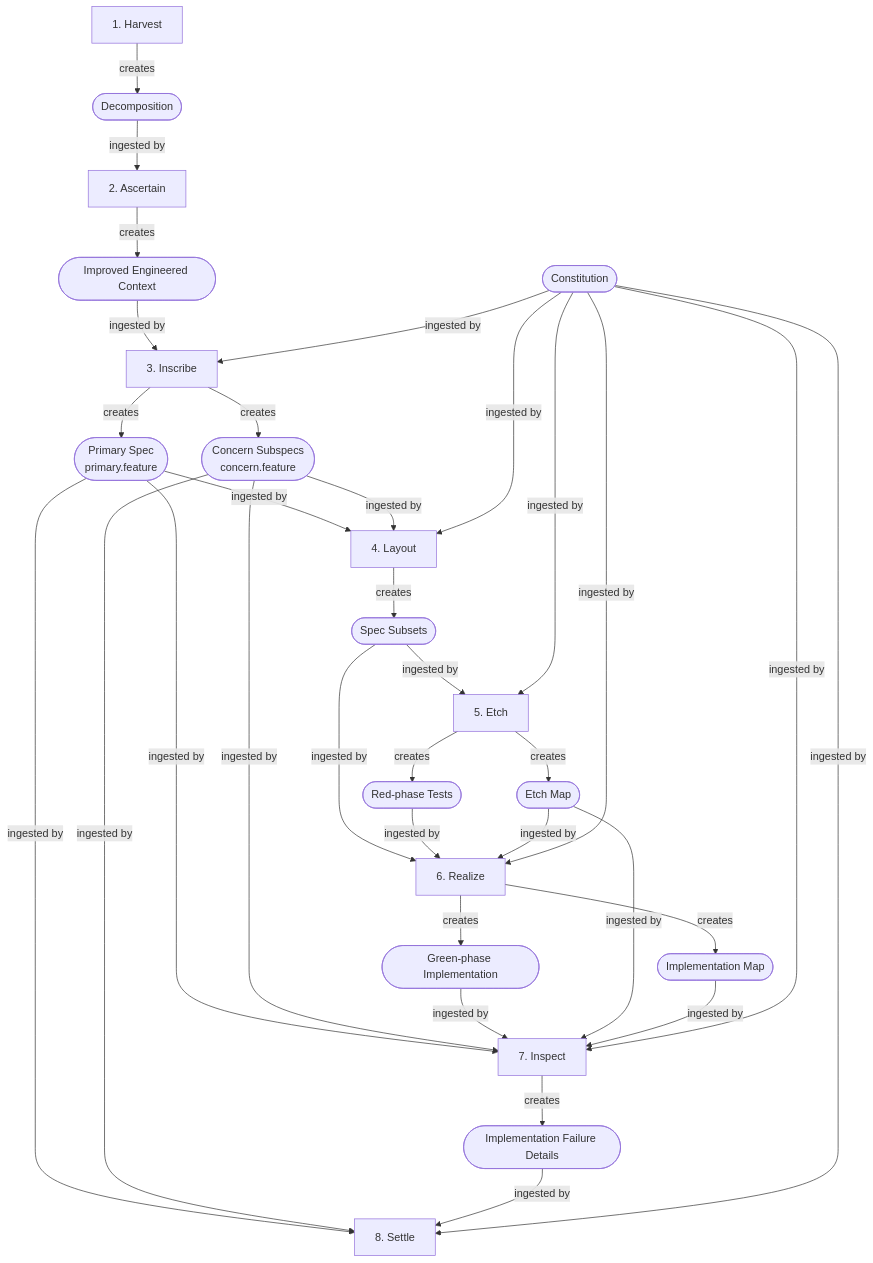
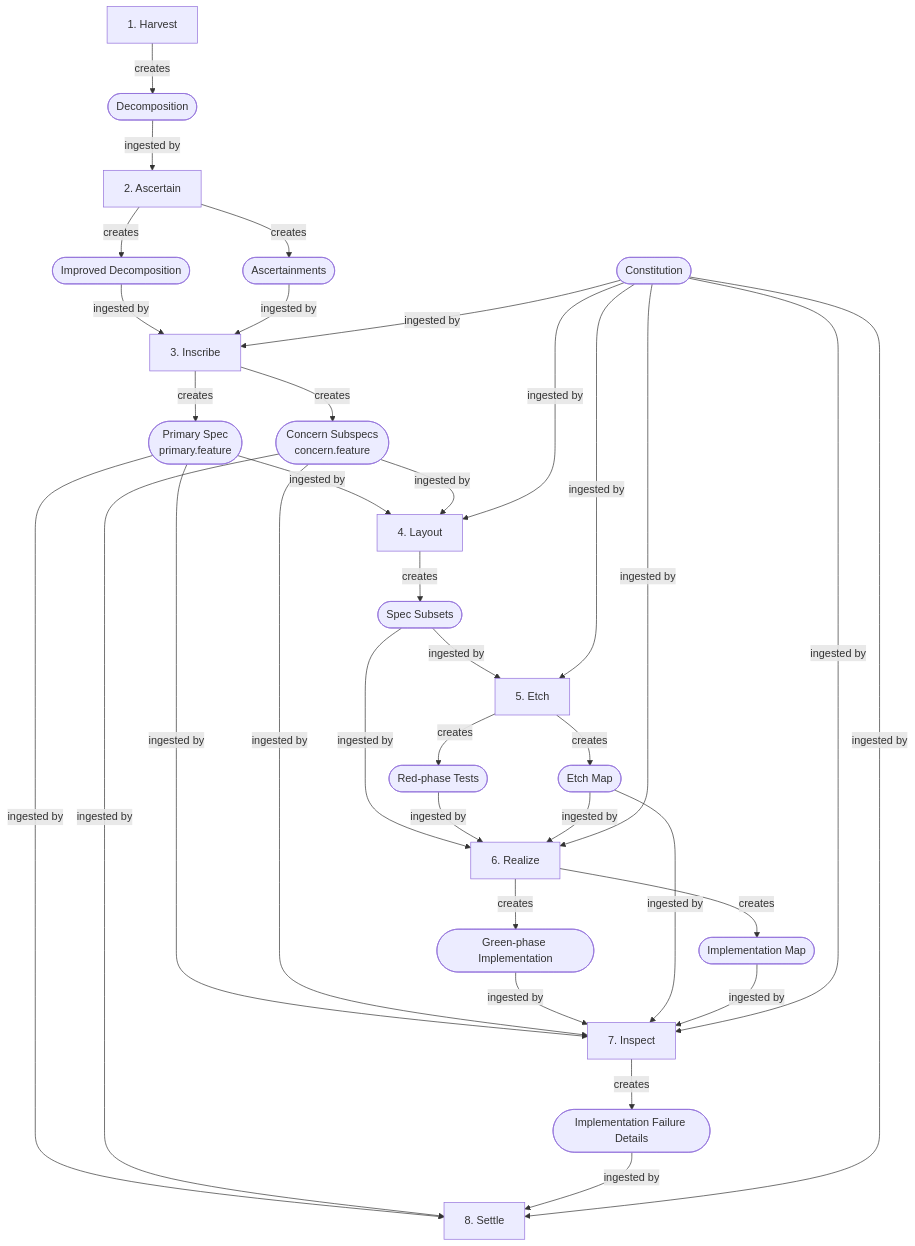
One commit to v0idbit/haileris changed the second of 5 diagrams in docs/diagrams/diagrams.md. Above: the diagram before and after it, drawn with Mermaid. The commit also changed other lines of this file and 3 other files, not shown here.

First line of the commit message:
docs: fix stale terminology and diagram inconsistencies

````diff
--- a/docs/diagrams/diagrams.md
+++ b/docs/diagrams/diagrams.md
@@ -63,53 +63,56 @@
 ```mermaid
 flowchart TD
     DEC([Decomposition])
-    IEC([Improved Engineered Context])
+    ID([Improved Decomposition])
+    ASC([Ascertainments])
     PS([Primary Spec<br>primary.feature])
     CS([Concern Subspecs<br>concern.feature])
     SS([Spec Subsets])
     RT([Red-phase Tests])
     ETM([Etch Map])
     GI([Green-phase Implementation])
     IM([Implementation Map])
     IF([Implementation Failure Details])
     CON([Constitution])
 
     H[1. Harvest] -->|creates| DEC
     DEC -->|ingested by| A[2. Ascertain]
 
-    A -->|creates| IEC
-    IEC -->|ingested by| I[3. Inscribe]
+    A -->|creates| ID
+    A -->|creates| ASC
+    ID -->|ingested by| I[3. Inscribe]
+    ASC -->|ingested by| I
     CON -->|ingested by| I
 
     I -->|creates| PS
     I -->|creates| CS
     PS -->|ingested by| L[4. Layout]
     CS -->|ingested by| L
     CON -->|ingested by| L
 
     L -->|creates| SS
     SS -->|ingested by| E[5. Etch]
     CON -->|ingested by| E
 
     E -->|creates| RT
     E -->|creates| ETM
     SS -->|ingested by| R[6. Realize]
     RT -->|ingested by| R
     ETM -->|ingested by| R
     CON -->|ingested by| R
 
     R -->|creates| GI
     R -->|creates| IM
     PS -->|ingested by| IN[7. Inspect]
     CS -->|ingested by| IN
     GI -->|ingested by| IN
     ETM -->|ingested by| IN
     IM -->|ingested by| IN
     CON -->|ingested by| IN
 
     IN -->|creates| IF
     PS -->|ingested by| S[8. Settle]
     CS -->|ingested by| S
     IF -->|ingested by| S
     CON -->|ingested by| S
 ```
````
